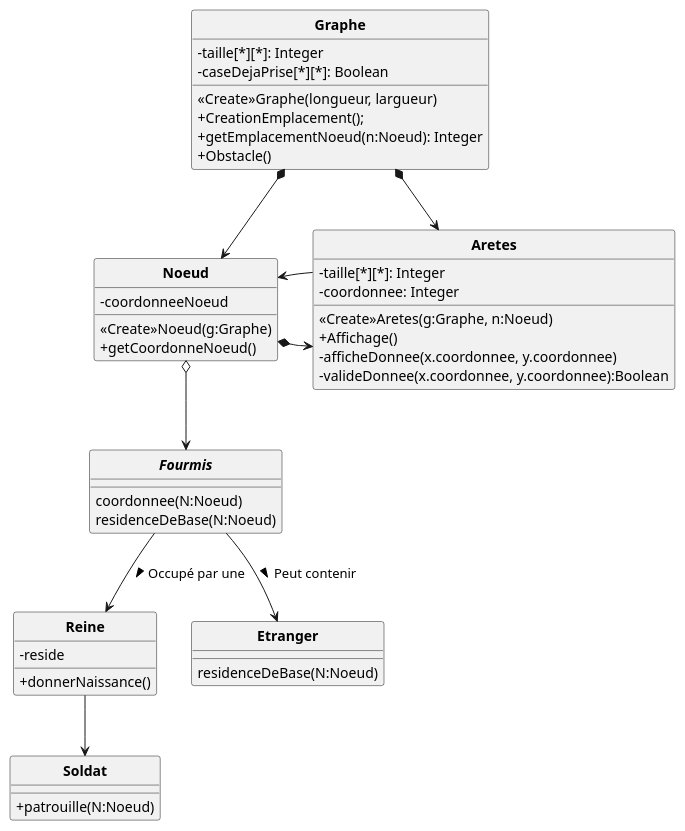
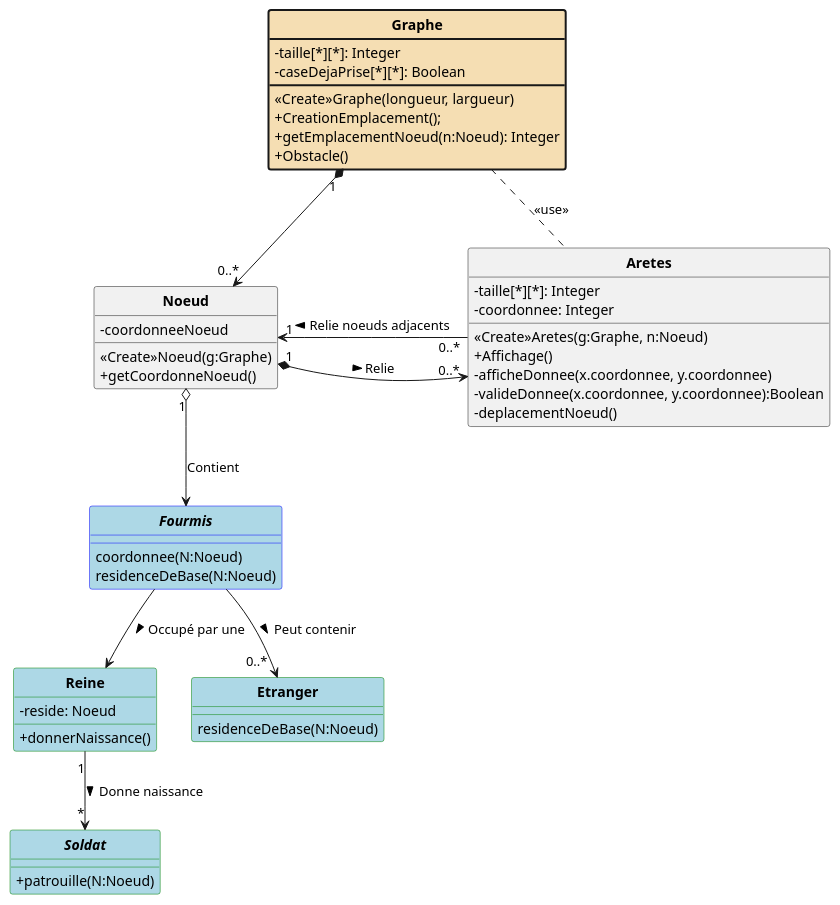
The diagram in plantUML/V1/Fourmis_DC_Conception.puml (jvondermarck/ant-colony), drawn with PlantUML before and after one commit. The commit also changed 10 other files, not shown here.

Commit message:
MAJ UML DCC + MAJ Code Java

```diff
--- a/plantUML/V1/Fourmis_DC_Conception.puml
+++ b/plantUML/V1/Fourmis_DC_Conception.puml
@@ -1,62 +1,65 @@
 @startuml
 'https://plantuml.com/class-diagram
 
 skinparam style strictuml
 skinparam classAttributeIconSize 0
 skinparam classFontStyle Bold
 hide enum methods
 
-class Graphe {
+class Graphe #back:Wheat;line.bold {
     -taille[*][*]: Integer
     -caseDejaPrise[*][*]: Boolean
 
     <<Create>>Graphe(longueur, largueur)
     +CreationEmplacement();
     +getEmplacementNoeud(n:Noeud): Integer
     +Obstacle()
 }
 
 class Noeud{
     -coordonneeNoeud
 
     <<Create>>Noeud(g:Graphe)
     +getCoordonneNoeud()
 }
 
 class Aretes {
     -taille[*][*]: Integer
     -coordonnee: Integer
 
     <<Create>>Aretes(g:Graphe, n:Noeud)
     +Affichage()
     -afficheDonnee(x.coordonnee, y.coordonnee)
     -valideDonnee(x.coordonnee, y.coordonnee):Boolean
+    -deplacementNoeud()
 }
 
-abstract class Fourmis {
+abstract class Fourmis #lightblue;line:blue {
     coordonnee(N:Noeud)
     residenceDeBase(N:Noeud)
 }
-class Reine {
-    -reside
+class Reine #lightblue;line:green {
+    -reside: Noeud
     +donnerNaissance()
 }
-class Soldat {
+abstract class Soldat #lightblue;line:green {
     +patrouille(N:Noeud)
 }
 
-class Etranger {
+class Etranger #lightblue;line:green{
     residenceDeBase(N:Noeud)
 }
 
 
-Graphe *--> Noeud
-Noeud *-> Aretes
-Aretes -> Noeud
-Graphe *-> Aretes
-Noeud o--> Fourmis
+Graphe "1" *--> "0..*" Noeud
+
+Noeud "\n1" *-> "0..*" Aretes : \n Relie  >
+Aretes "0..*" -> "1" Noeud : Relie noeuds adjacents >
+
+Graphe .. Aretes : <<use>>
+Noeud "1" o--> Fourmis : Contient
 Fourmis --> Reine : Occupé par une >
-Fourmis --> Etranger : Peut contenir >
-Reine --> Soldat
+Fourmis --> "\t\t0..*" Etranger : Peut contenir >
+Reine "1" --> "*" Soldat : Donne naissance >
 
 @enduml
```
